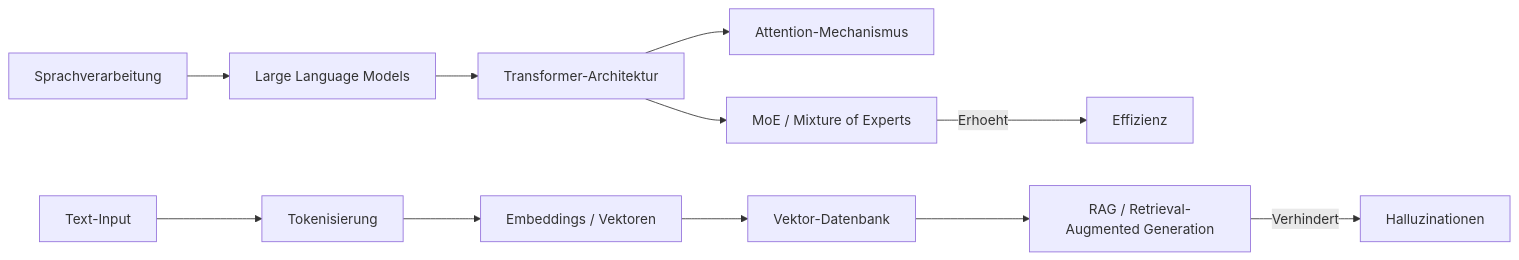
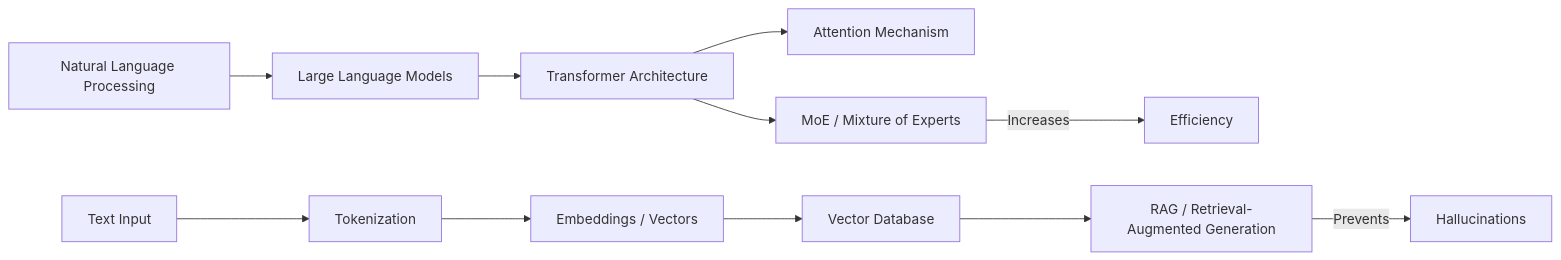
The second of 19 diagrams in glossary/rendered/AI-Glossary.md (roger-infanger-weibel/ghostwriter.ai), drawn with Mermaid before and after one commit. The commit also changed other lines of this file and 24 other files, not shown here.

````diff
--- a/glossary/rendered/AI-Glossary.md
+++ b/glossary/rendered/AI-Glossary.md
@@ -40,16 +40,16 @@
 ```mermaid
 graph LR
-    NLP[Sprachverarbeitung] --> LLM[Large Language Models]
-    LLM --> Trans[Transformer-Architektur]
-    Trans --> Att[Attention-Mechanismus]
-    
-    Data[Text-Input] --> Tok[Tokenisierung]
-    Tok --> Emb[Embeddings / Vektoren]
-    Emb --> VDB[Vektor-Datenbank]
-    
+    NLP[Natural Language Processing] --> LLM[Large Language Models]
+    LLM --> Trans[Transformer Architecture]
+    Trans --> Att[Attention Mechanism]
+
+    Data[Text Input] --> Tok[Tokenization]
+    Tok --> Emb[Embeddings / Vectors]
+    Emb --> VDB[Vector Database]
+
     VDB --> RAG[RAG / Retrieval-Augmented Generation]
-    RAG -- Verhindert --> Hallu[Halluzinationen]
-    
+    RAG -- Prevents --> Hallu[Hallucinations]
+
     Trans --> MoE[MoE / Mixture of Experts]
-    MoE -- Erhoeht --> Eff[Effizienz]
+    MoE -- Increases --> Eff[Efficiency]
 ```
````
